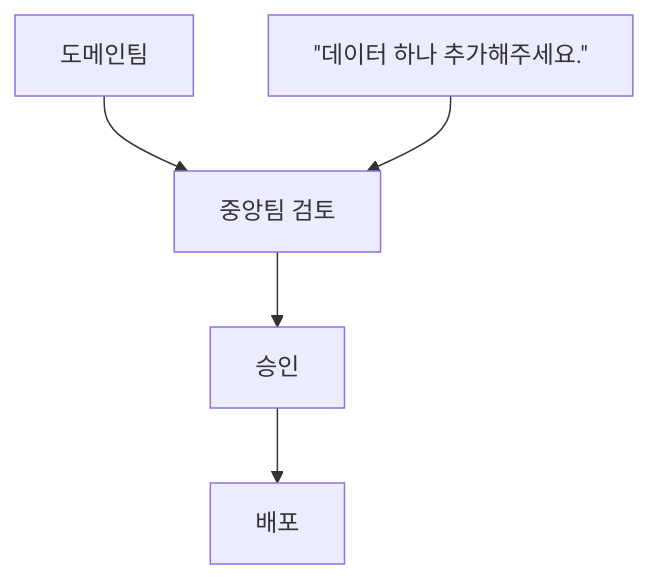
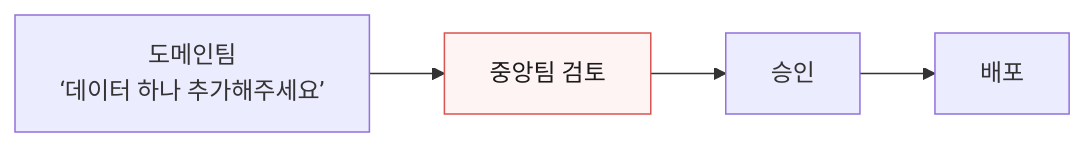
One commit to i31pc17/bitbook changed the sixth of 12 diagrams in 모던 데이터 아키텍처/21장. 도메인 토폴로지.md. Above: the diagram before and after it, drawn with Mermaid. The commit also changed 8 other files, not shown here.

````diff
--- a/모던 데이터 아키텍처/21장. 도메인 토폴로지.md
+++ b/모던 데이터 아키텍처/21장. 도메인 토폴로지.md
@@ -569,12 +569,6 @@
 ```mermaid
-flowchart TD
-    n0["도메인팀"]
-    n1["#quot;데이터 하나 추가해주세요.#quot;"]
-    n2["중앙팀 검토"]
-    n3["승인"]
-    n4["배포"]
-    n0 --> n2
-    n1 --> n2
-    n2 --> n3
-    n3 --> n4
+flowchart LR
+    n0["도메인팀<br/>‘데이터 하나 추가해주세요’"] --> n2["중앙팀 검토"] --> n3["승인"] --> n4["배포"]
+
+    style n2 fill:#fff4f4,stroke:#d9534f,color:#1a1a1a
 ```
````
